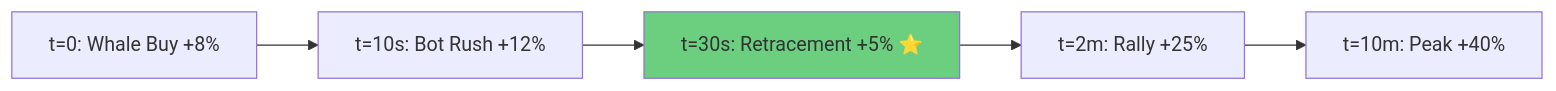
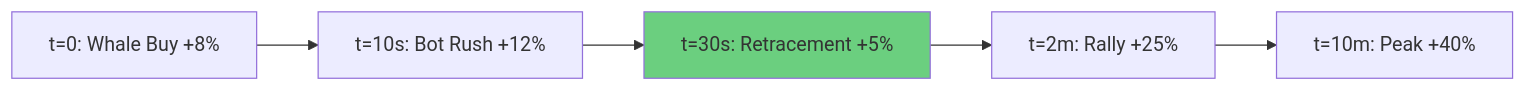
Before and after one commit to openSVM/solisp-book: diagram 11 of 20 in src/17_whale_copy_trading.md, drawn with Mermaid. The commit also changed other lines of this file and 20 other files, not shown here.

````diff
--- a/src/17_whale_copy_trading.md
+++ b/src/17_whale_copy_trading.md
@@ -672,9 +672,9 @@
 ```mermaid
 graph LR
     A[t=0: Whale Buy +8%] --> B[t=10s: Bot Rush +12%]
-    B --> C[t=30s: Retracement +5% ⭐]
+    B --> C[t=30s: Retracement +5% ]
     C --> D[t=2m: Rally +25%]
     D --> E[t=10m: Peak +40%]
 
     style C fill:#6bcf7f
 ```
````
